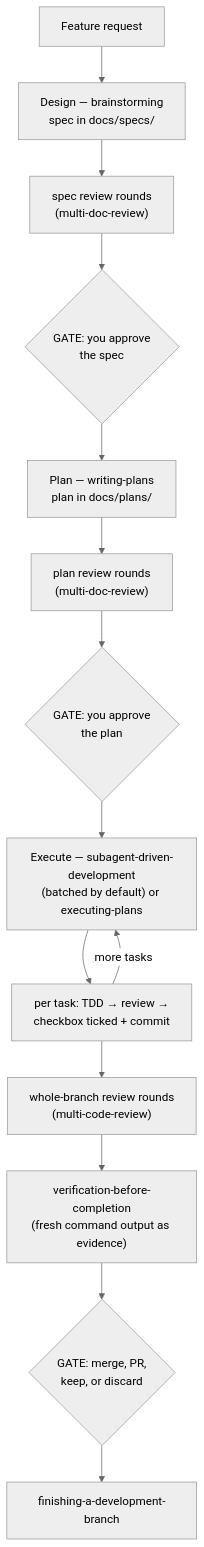
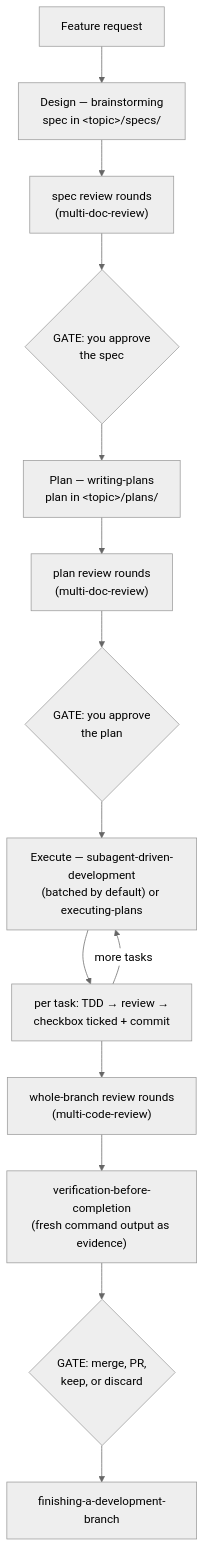
Before and after one commit to brunob54/superpowers-orchestrator: the first of 2 diagrams in docs/guide/README.md, drawn with Mermaid (neutral theme). The commit also changed other lines of this file, not shown here.

First line of the commit message:
docs(guide): describe the per-topic artifact layout

````diff
--- a/docs/guide/README.md
+++ b/docs/guide/README.md
@@ -120,16 +120,16 @@
 ```mermaid
 flowchart TD
-    A[Feature request] --> B["Design — brainstorming<br/>spec in docs/specs/"]
+    A[Feature request] --> B["Design — brainstorming<br/>spec in &lt;topic&gt;/specs/"]
     B --> B2["spec review rounds<br/>(multi-doc-review)"]
     B2 --> G1{"GATE: you approve<br/>the spec"}
-    G1 --> C["Plan — writing-plans<br/>plan in docs/plans/"]
+    G1 --> C["Plan — writing-plans<br/>plan in &lt;topic&gt;/plans/"]
     C --> C2["plan review rounds<br/>(multi-doc-review)"]
     C2 --> G2{"GATE: you approve<br/>the plan"}
     G2 --> D["Execute — subagent-driven-development<br/>(batched by default) or executing-plans"]
     D --> D2["per task: TDD → review →<br/>checkbox ticked + commit"]
     D2 -->|more tasks| D
     D2 --> E["whole-branch review rounds<br/>(multi-code-review)"]
     E --> F["verification-before-completion<br/>(fresh command output as evidence)"]
     F --> G3{"GATE: merge, PR,<br/>keep, or discard"}
     G3 --> H["finishing-a-development-branch"]
 ```
````
